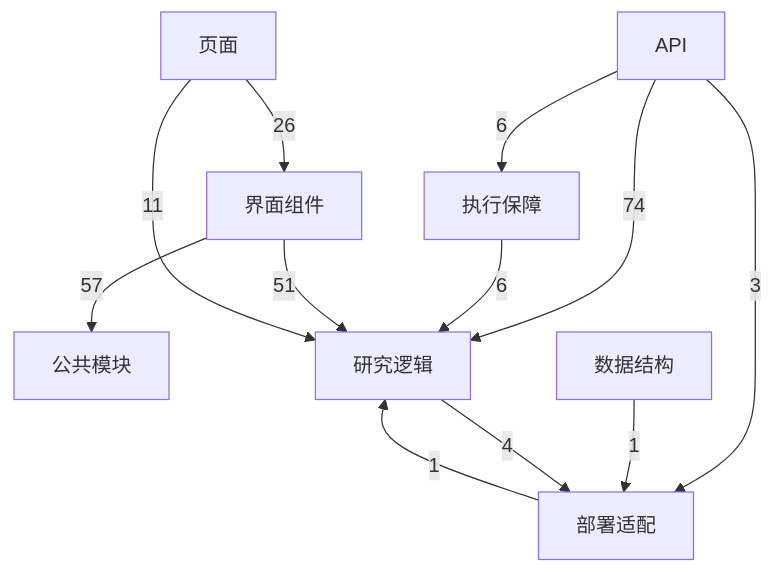
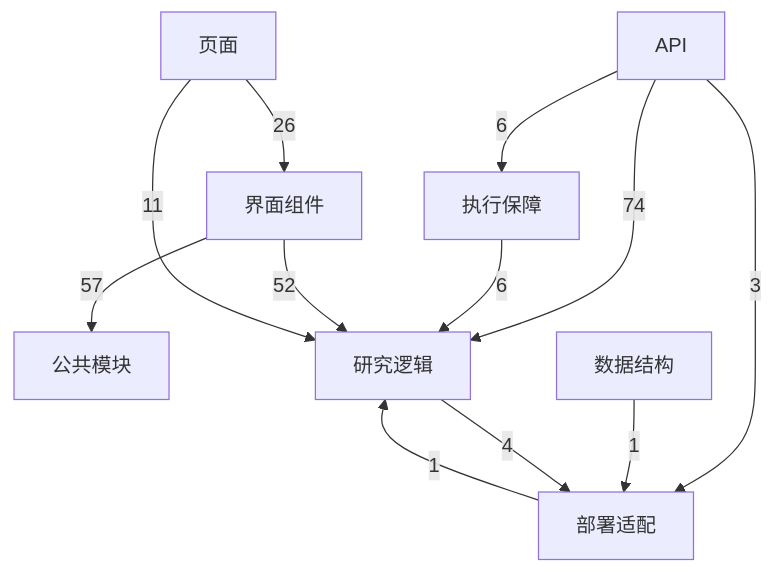
Before and after one commit to stelladu2026-arch/jianwei: the diagram in docs/logic/ARCHITECTURE.generated.md, drawn with Mermaid. The commit also changed other lines of this file and 7 other files, not shown here.

Commit message:
docs: verify proposal evidence binding and synchronize architecture

````diff
--- a/docs/logic/ARCHITECTURE.generated.md
+++ b/docs/logic/ARCHITECTURE.generated.md
@@ -13,22 +13,22 @@
 ```mermaid
 flowchart TD
   m0["API"]
   m1["公共模块"]
   m2["执行保障"]
   m3["数据结构"]
   m4["界面组件"]
   m5["研究逻辑"]
   m6["部署适配"]
   m7["页面"]
   m0 -->|6| m2
   m0 -->|74| m5
   m0 -->|3| m6
   m2 -->|6| m5
   m3 -->|1| m6
   m4 -->|57| m1
-  m4 -->|51| m5
+  m4 -->|52| m5
   m5 -->|4| m6
   m6 -->|1| m5
   m7 -->|26| m4
   m7 -->|11| m5
 ```
````
